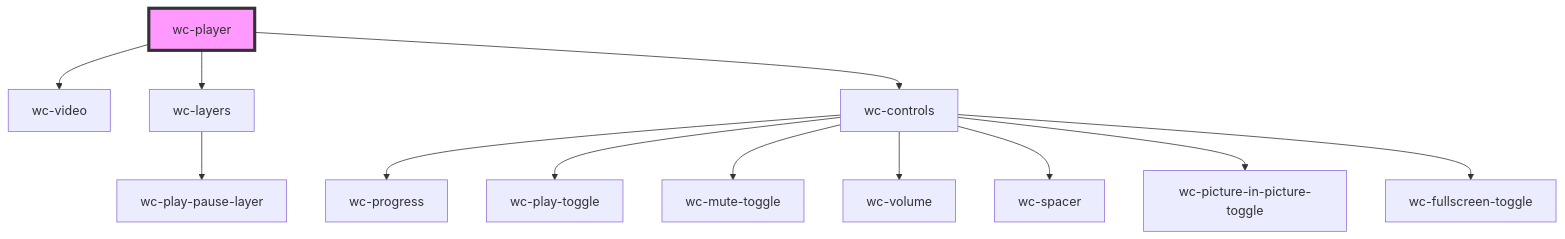
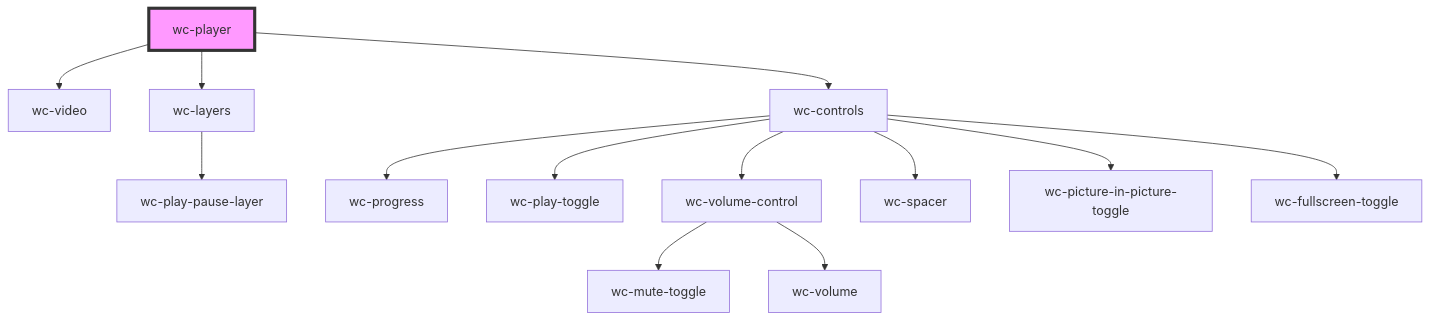
The diagram in packages/wcplayer-components/src/components/wc-player/readme.md (iChengbo/wcplayer), drawn with Mermaid before and after one commit. The commit also changed 13 other files, not shown here.

Commit message:
feat(wc-volume-control): new component

````diff
--- a/packages/wcplayer-components/src/components/wc-player/readme.md
+++ b/packages/wcplayer-components/src/components/wc-player/readme.md
@@ -40,15 +40,16 @@
 ```mermaid
 graph TD;
   wc-player --> wc-video
   wc-player --> wc-layers
   wc-player --> wc-controls
   wc-layers --> wc-play-pause-layer
   wc-controls --> wc-progress
   wc-controls --> wc-play-toggle
-  wc-controls --> wc-mute-toggle
-  wc-controls --> wc-volume
+  wc-controls --> wc-volume-control
   wc-controls --> wc-spacer
   wc-controls --> wc-picture-in-picture-toggle
   wc-controls --> wc-fullscreen-toggle
+  wc-volume-control --> wc-mute-toggle
+  wc-volume-control --> wc-volume
   style wc-player fill:#f9f,stroke:#333,stroke-width:4px
 ```
````
